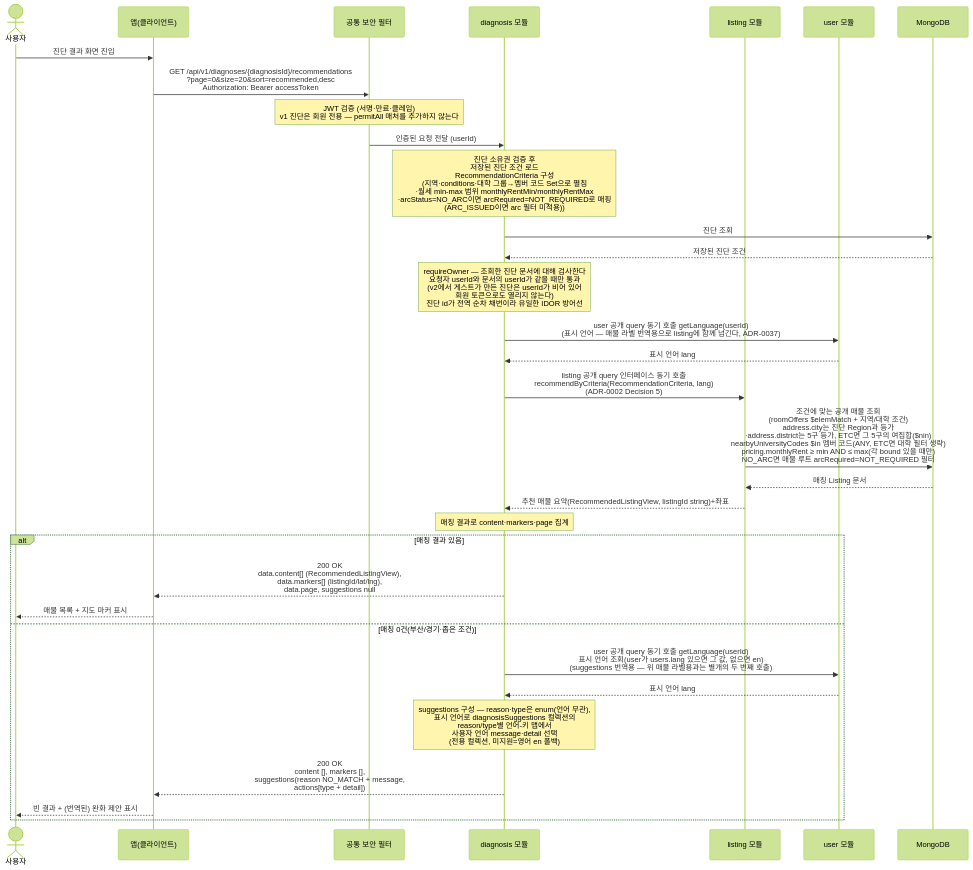
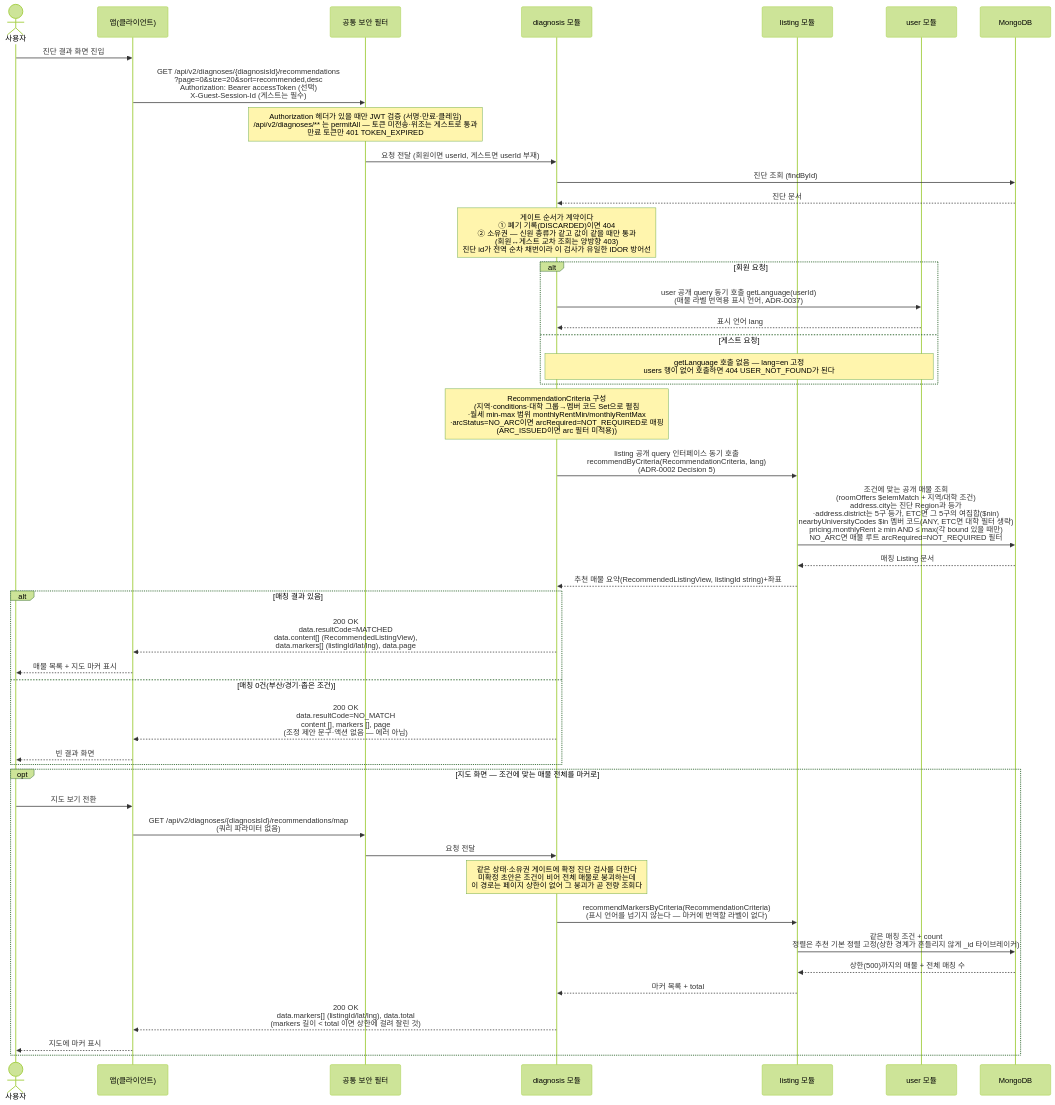
One commit to jameskim9509/Kohere-backend changed the diagram in docs/architecture/sequence-diagrams/02-diagnosis-recommendation/us-2-2-recommendations.md. Above: the diagram before and after it, drawn with Mermaid (forest theme). The commit also changed other lines of this file and 76 other files, not shown here.

````diff
--- a/docs/architecture/sequence-diagrams/02-diagnosis-recommendation/us-2-2-recommendations.md
+++ b/docs/architecture/sequence-diagrams/02-diagnosis-recommendation/us-2-2-recommendations.md
@@ -5,36 +5,49 @@
 ```mermaid
 sequenceDiagram
     actor U as 사용자
     participant C as 앱(클라이언트)
     participant SEC as 공통 보안 필터
     participant DIAG as diagnosis 모듈
     participant LIST as listing 모듈
     participant USER as user 모듈
     participant DB as MongoDB
 
     U->>C: 진단 결과 화면 진입
-    C->>SEC: GET /api/v1/diagnoses/{diagnosisId}/recommendations<br/>?page=0&size=20&sort=recommended,desc<br/>Authorization: Bearer accessToken
-    Note over SEC: JWT 검증 (서명·만료·클레임)<br/>v1 진단은 회원 전용 — permitAll 매처를 추가하지 않는다
-    SEC->>DIAG: 인증된 요청 전달 (userId)
-    Note over DIAG: 진단 소유권 검증 후<br/>저장된 진단 조건 로드<br/>RecommendationCriteria 구성<br/>(지역·conditions·대학 그룹→멤버 코드 Set으로 펼침<br/>·월세 min-max 범위 monthlyRentMin/monthlyRentMax<br/>·arcStatus=NO_ARC이면 arcRequired=NOT_REQUIRED로 매핑<br/>(ARC_ISSUED이면 arc 필터 미적용))
-    DIAG->>DB: 진단 조회
-    DB-->>DIAG: 저장된 진단 조건
-    Note over DIAG: requireOwner — 조회한 진단 문서에 대해 검사한다<br/>요청자 userId와 문서의 userId가 같을 때만 통과<br/>(v2에서 게스트가 만든 진단은 userId가 비어 있어<br/>회원 토큰으로도 열리지 않는다)<br/>진단 id가 전역 순차 채번이라 유일한 IDOR 방어선
-    DIAG->>USER: user 공개 query 동기 호출 getLanguage(userId)<br/>(표시 언어 — 매물 라벨 번역용으로 listing에 함께 넘긴다, ADR-0037)
-    USER-->>DIAG: 표시 언어 lang
+    C->>SEC: GET /api/v2/diagnoses/{diagnosisId}/recommendations<br/>?page=0&size=20&sort=recommended,desc<br/>Authorization: Bearer accessToken (선택)<br/>X-Guest-Session-Id (게스트는 필수)
+    Note over SEC: Authorization 헤더가 있을 때만 JWT 검증 (서명·만료·클레임)<br/>/api/v2/diagnoses/** 는 permitAll — 토큰 미전송·위조는 게스트로 통과<br/>만료 토큰만 401 TOKEN_EXPIRED
+    SEC->>DIAG: 요청 전달 (회원이면 userId, 게스트면 userId 부재)
+    DIAG->>DB: 진단 조회 (findById)
+    DB-->>DIAG: 진단 문서
+    Note over DIAG: 게이트 순서가 계약이다<br/>① 폐기 기록(DISCARDED)이면 404<br/>② 소유권 — 신원 종류가 같고 값이 같을 때만 통과<br/>(회원↔게스트 교차 조회는 양방향 403)<br/>진단 id가 전역 순차 채번이라 이 검사가 유일한 IDOR 방어선
+    alt 회원 요청
+        DIAG->>USER: user 공개 query 동기 호출 getLanguage(userId)<br/>(매물 라벨 번역용 표시 언어, ADR-0037)
+        USER-->>DIAG: 표시 언어 lang
+    else 게스트 요청
+        Note over DIAG,USER: getLanguage 호출 없음 — lang=en 고정<br/>users 행이 없어 호출하면 404 USER_NOT_FOUND가 된다
+    end
+    Note over DIAG: RecommendationCriteria 구성<br/>(지역·conditions·대학 그룹→멤버 코드 Set으로 펼침<br/>·월세 min-max 범위 monthlyRentMin/monthlyRentMax<br/>·arcStatus=NO_ARC이면 arcRequired=NOT_REQUIRED로 매핑<br/>(ARC_ISSUED이면 arc 필터 미적용))
     DIAG->>LIST: listing 공개 query 인터페이스 동기 호출<br/>recommendByCriteria(RecommendationCriteria, lang)<br/>(ADR-0002 Decision 5)
     LIST->>DB: 조건에 맞는 공개 매물 조회<br/>(roomOffers $elemMatch + 지역/대학 조건)<br/>address.city는 진단 Region과 등가<br/>·address.district는 5구 등가, ETC면 그 5구의 여집합($nin)<br/>nearbyUniversityCodes $in 멤버 코드(ANY, ETC면 대학 필터 생략)<br/>pricing.monthlyRent ≥ min AND ≤ max(각 bound 있을 때만)<br/>NO_ARC면 매물 루트 arcRequired=NOT_REQUIRED 필터
     DB-->>LIST: 매칭 Listing 문서
     LIST-->>DIAG: 추천 매물 요약(RecommendedListingView, listingId string)+좌표
-    Note over DIAG: 매칭 결과로 content·markers·page 집계
     alt 매칭 결과 있음
-        DIAG-->>C: 200 OK<br/>data.content[] (RecommendedListingView),<br/>data.markers[] (listingId/lat/lng),<br/>data.page, suggestions null
+        DIAG-->>C: 200 OK<br/>data.resultCode=MATCHED<br/>data.content[] (RecommendedListingView),<br/>data.markers[] (listingId/lat/lng), data.page
         C-->>U: 매물 목록 + 지도 마커 표시
     else 매칭 0건(부산/경기·좁은 조건)
-        DIAG->>USER: user 공개 query 동기 호출 getLanguage(userId)<br/>표시 언어 조회(user가 users.lang 있으면 그 값, 없으면 en)<br/>(suggestions 번역용 — 위 매물 라벨용과는 별개의 두 번째 호출)
-        USER-->>DIAG: 표시 언어 lang
-        Note over DIAG: suggestions 구성 — reason·type은 enum(언어 무관),<br/>표시 언어로 diagnosisSuggestions 컬렉션의<br/>reason/type별 언어-키 맵에서<br/>사용자 언어 message·detail 선택<br/>(전용 컬렉션, 미지원=영어 en 폴백)
-        DIAG-->>C: 200 OK<br/>content [], markers [],<br/>suggestions(reason NO_MATCH + message,<br/>actions[type + detail])
-        C-->>U: 빈 결과 + (번역된) 완화 제안 표시
+        DIAG-->>C: 200 OK<br/>data.resultCode=NO_MATCH<br/>content [], markers [], page<br/>(조정 제안 문구·액션 없음 — 에러 아님)
+        C-->>U: 빈 결과 화면
+    end
+
+    opt 지도 화면 — 조건에 맞는 매물 전체를 마커로
+        U->>C: 지도 보기 전환
+        C->>SEC: GET /api/v2/diagnoses/{diagnosisId}/recommendations/map<br/>(쿼리 파라미터 없음)
+        SEC->>DIAG: 요청 전달
+        Note over DIAG: 같은 상태·소유권 게이트에 확정 진단 검사를 더한다<br/>미확정 초안은 조건이 비어 전체 매물로 붕괴하는데<br/>이 경로는 페이지 상한이 없어 그 붕괴가 곧 전량 조회다
+        DIAG->>LIST: recommendMarkersByCriteria(RecommendationCriteria)<br/>(표시 언어를 넘기지 않는다 — 마커에 번역할 라벨이 없다)
+        LIST->>DB: 같은 매칭 조건 + count<br/>정렬은 추천 기본 정렬 고정(상한 경계가 흔들리지 않게 _id 타이브레이커)
+        DB-->>LIST: 상한(500)까지의 매물 + 전체 매칭 수
+        LIST-->>DIAG: 마커 목록 + total
+        DIAG-->>C: 200 OK<br/>data.markers[] (listingId/lat/lng), data.total<br/>(markers 길이 < total 이면 상한에 걸려 잘린 것)
+        C-->>U: 지도에 마커 표시
     end
 ```
````
